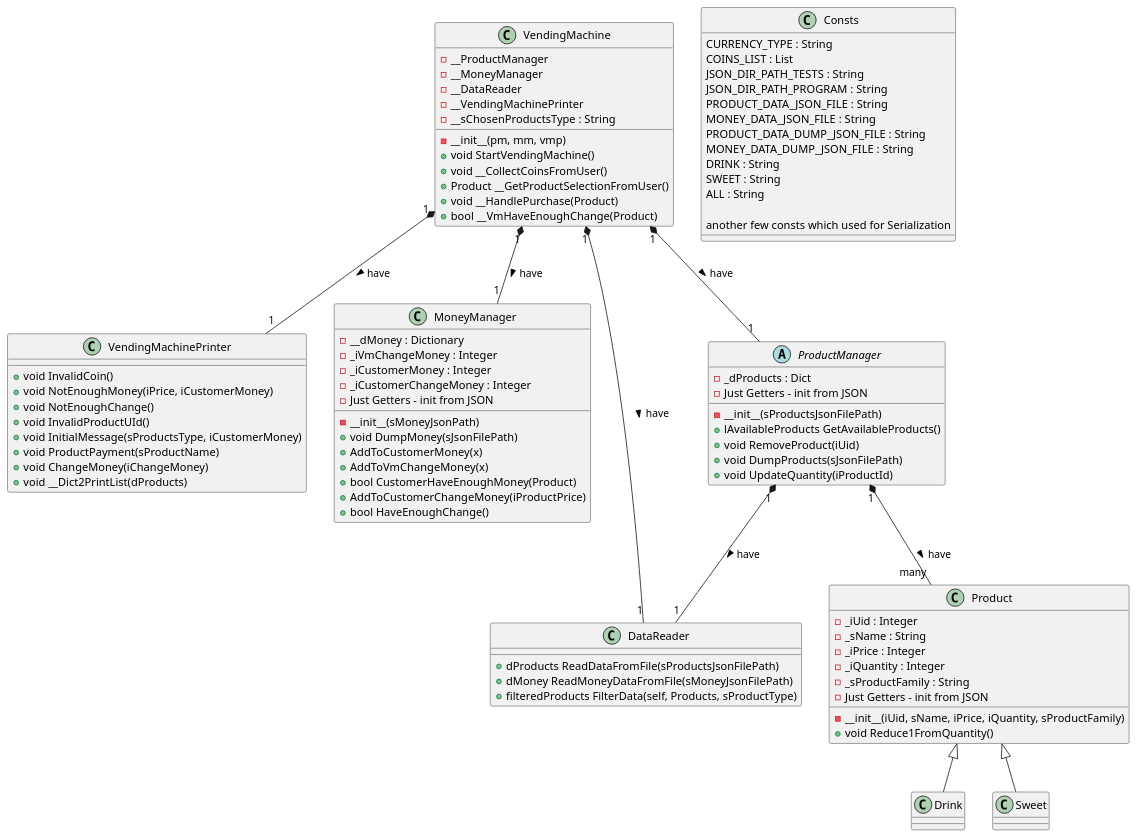
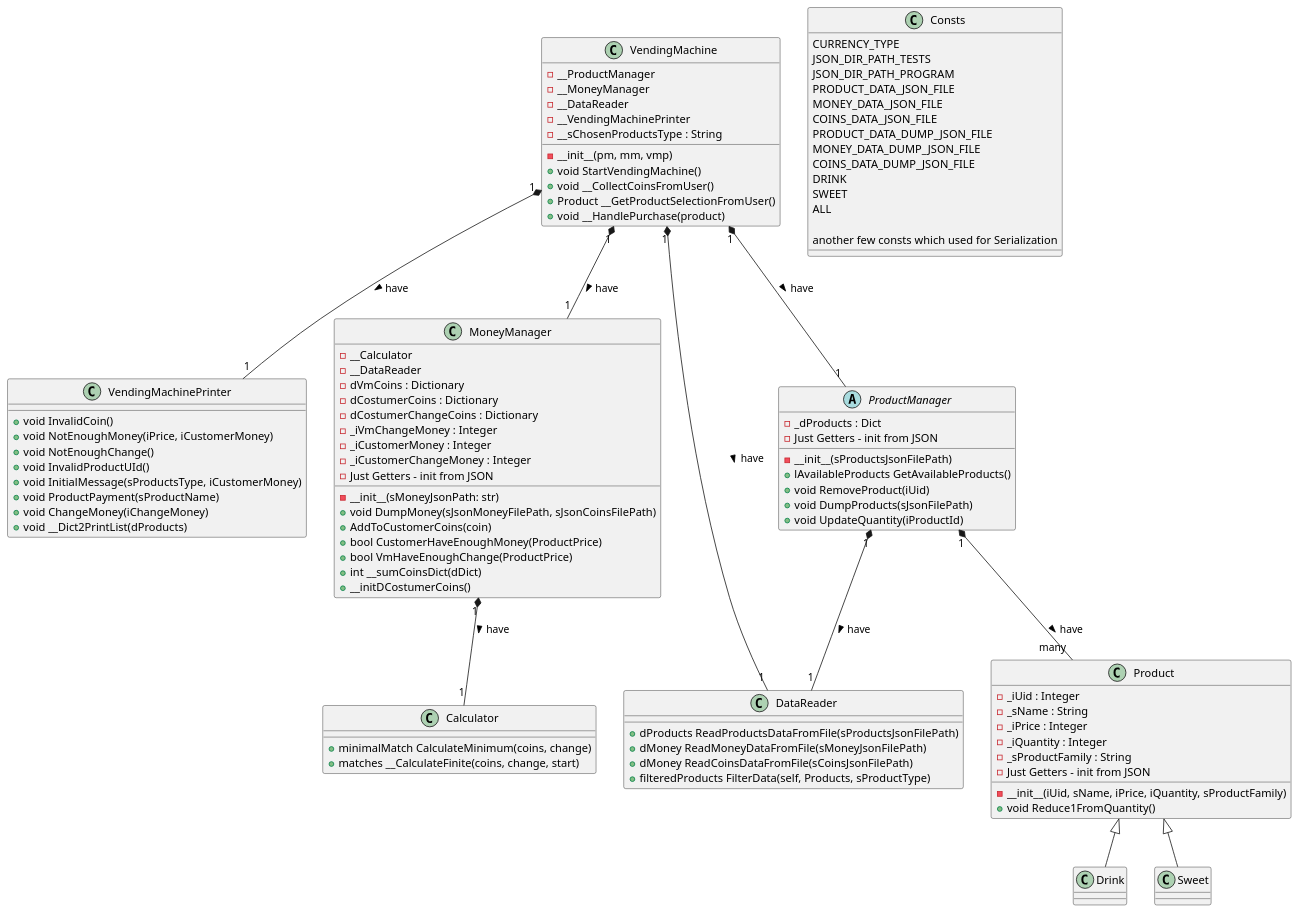
The diagram in aviela_home_assignment/uml/design.puml (avielas/VendingMachine), drawn with PlantUML before and after one commit. The commit also changed 2 other files, not shown here.

Commit message:
update UML design

```diff
--- a/aviela_home_assignment/uml/design.puml
+++ b/aviela_home_assignment/uml/design.puml
@@ -1,100 +1,111 @@
 @startuml class diagram
 'https://plantuml.com/class-diagram
 
 class VendingMachine{
     -__ProductManager
     -__MoneyManager
     -__DataReader
     -__VendingMachinePrinter
     -__sChosenProductsType : String
     -__init__(pm, mm, vmp)
     +void StartVendingMachine()
     +void __CollectCoinsFromUser()
     +Product __GetProductSelectionFromUser()
-    +void __HandlePurchase(Product)
-    +bool __VmHaveEnoughChange(Product)
+    +void __HandlePurchase(product)
 }
 
 class VendingMachinePrinter{
     +void InvalidCoin()
     +void NotEnoughMoney(iPrice, iCustomerMoney)
     +void NotEnoughChange()
     +void InvalidProductUId()
     +void InitialMessage(sProductsType, iCustomerMoney)
     +void ProductPayment(sProductName)
     +void ChangeMoney(iChangeMoney)
     +void __Dict2PrintList(dProducts)
 }
 
 class MoneyManager{
-    -__dMoney : Dictionary
+    -__Calculator
+    -__DataReader
+    -dVmCoins : Dictionary
+    -dCostumerCoins : Dictionary
+    -dCostumerChangeCoins : Dictionary
     -_iVmChangeMoney : Integer
     -_iCustomerMoney : Integer
     -_iCustomerChangeMoney : Integer
     -Just Getters - init from JSON
-    -__init__(sMoneyJsonPath)
-    +void DumpMoney(sJsonFilePath)
-    +AddToCustomerMoney(x)
-    +AddToVmChangeMoney(x)
-    +bool CustomerHaveEnoughMoney(Product)
-    +AddToCustomerChangeMoney(iProductPrice)
-    +bool HaveEnoughChange()
+    -__init__(sMoneyJsonPath: str)
+    +void DumpMoney(sJsonMoneyFilePath, sJsonCoinsFilePath)
+    +AddToCustomerCoins(coin)
+    +bool CustomerHaveEnoughMoney(ProductPrice)
+    +bool VmHaveEnoughChange(ProductPrice)
+    +int __sumCoinsDict(dDict)
+    +__initDCostumerCoins()
+}
+
+class Calculator{
+    +minimalMatch CalculateMinimum(coins, change)
+    +matches __CalculateFinite(coins, change, start)
 }
 
 class DataReader{
-    +dProducts ReadDataFromFile(sProductsJsonFilePath)
+    +dProducts ReadProductsDataFromFile(sProductsJsonFilePath)
     +dMoney ReadMoneyDataFromFile(sMoneyJsonFilePath)
+    +dMoney ReadCoinsDataFromFile(sCoinsJsonFilePath)
     +filteredProducts FilterData(self, Products, sProductType)
 }
 
 class Product{
     -_iUid : Integer
     -_sName : String
     -_iPrice : Integer
     -_iQuantity : Integer
     -_sProductFamily : String
     -__init__(iUid, sName, iPrice, iQuantity, sProductFamily)
     -Just Getters - init from JSON
     +void Reduce1FromQuantity()
 }
 
 class Drink{}
 
 class Sweet{}
 
 class Consts{
-    CURRENCY_TYPE : String
-    COINS_LIST : List
-    JSON_DIR_PATH_TESTS : String
-    JSON_DIR_PATH_PROGRAM : String
-    PRODUCT_DATA_JSON_FILE : String
-    MONEY_DATA_JSON_FILE : String
-    PRODUCT_DATA_DUMP_JSON_FILE : String
-    MONEY_DATA_DUMP_JSON_FILE : String
-    DRINK : String
-    SWEET : String
-    ALL : String
+    CURRENCY_TYPE
+    JSON_DIR_PATH_TESTS
+    JSON_DIR_PATH_PROGRAM
+    PRODUCT_DATA_JSON_FILE
+    MONEY_DATA_JSON_FILE
+    COINS_DATA_JSON_FILE
+    PRODUCT_DATA_DUMP_JSON_FILE
+    MONEY_DATA_DUMP_JSON_FILE
+    COINS_DATA_DUMP_JSON_FILE
+    DRINK
+    SWEET
+    ALL
 
     another few consts which used for Serialization
 }
 
 abstract class ProductManager{
     - _dProducts : Dict
     -__init__(sProductsJsonFilePath)
     -Just Getters - init from JSON
     +lAvailableProducts GetAvailableProducts()
     +void RemoveProduct(iUid)
     +void DumpProducts(sJsonFilePath)
     +void UpdateQuantity(iProductId)
 }
 
 Product <|-- Drink
 Product <|-- Sweet
 VendingMachine "1" *-- "1" ProductManager : have >
 VendingMachine "1" *-- "1" MoneyManager : have >
 VendingMachine "1" *-- "1" VendingMachinePrinter : have >
 VendingMachine "1" *-- "1" DataReader : have >
 ProductManager "1" *-- "1" DataReader : have >
+MoneyManager "1" *-- "1" Calculator : have >
 ProductManager "1" *-- "many" Product : have >
 
 @enduml
```
